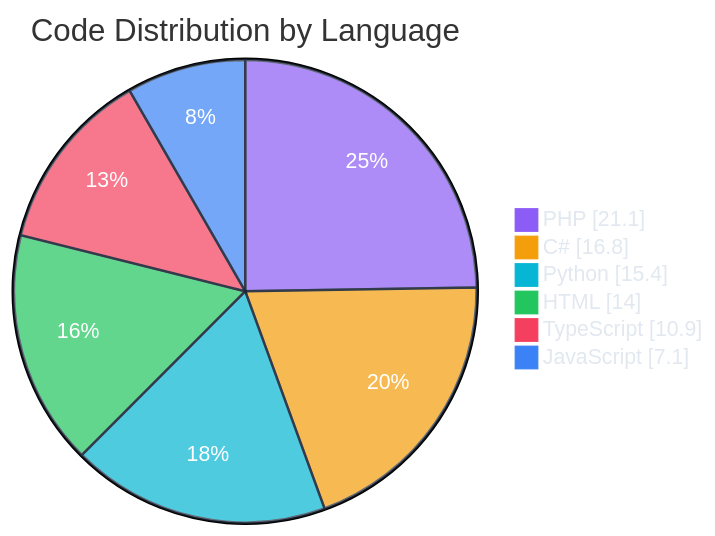
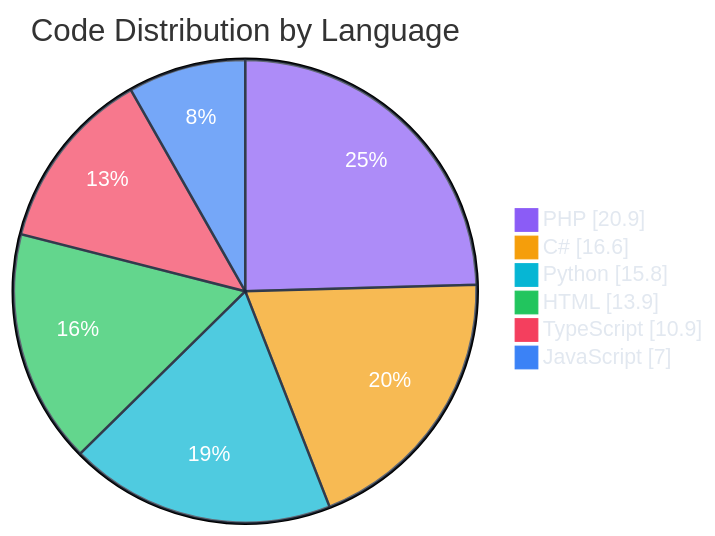
One commit to polo-nyan/polo-nyan changed the second of 7 diagrams in README.md. Above: the diagram before and after it, drawn with Mermaid. The commit also changed other lines of this file and 1 other file, not shown here.

````diff
--- a/README.md
+++ b/README.md
@@ -229,11 +229,11 @@
 ```mermaid
 %%{init: {"theme": "base", "themeVariables": { "pie1": "#8b5cf6", "pie2": "#f59e0b", "pie3": "#06b6d4", "pie4": "#22c55e", "pie5": "#f43f5e", "pie6": "#3b82f6", "pie7": "#ec4899", "pieTextColor": "#ffffff", "pieLegendTextColor": "#e2e8f0", "pieSectionTextColor": "#ffffff", "pieStrokeColor": "#1e293b" }}}%%
 pie showData
     title Code Distribution by Language
-    "PHP" : 21.1
-    "C#" : 16.8
-    "Python" : 15.4
-    "HTML" : 14.0
+    "PHP" : 20.9
+    "C#" : 16.6
+    "Python" : 15.8
+    "HTML" : 13.9
     "TypeScript" : 10.9
-    "JavaScript" : 7.1
+    "JavaScript" : 7.0
 ```
````
